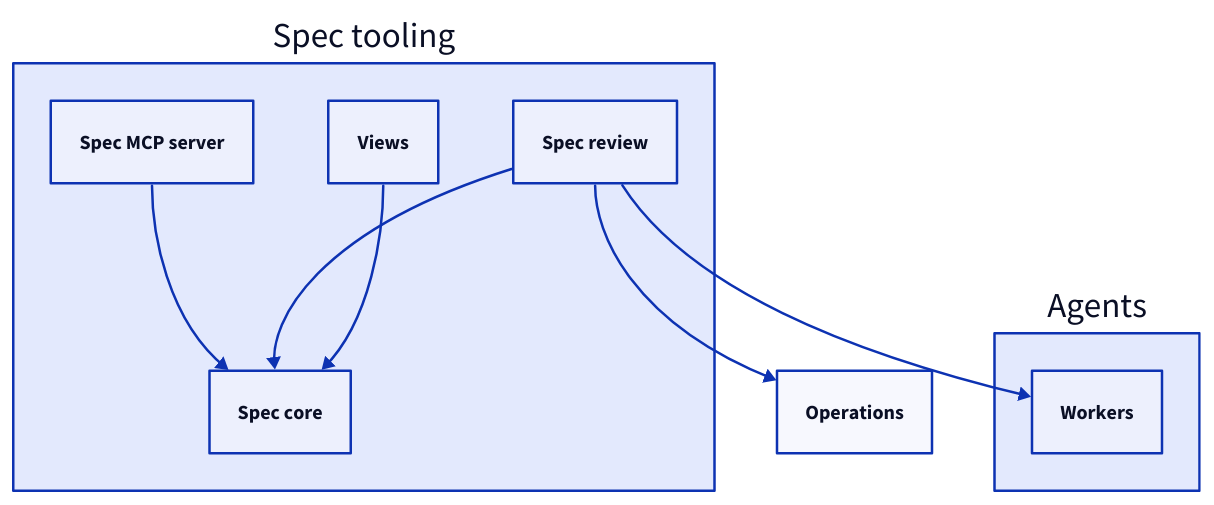
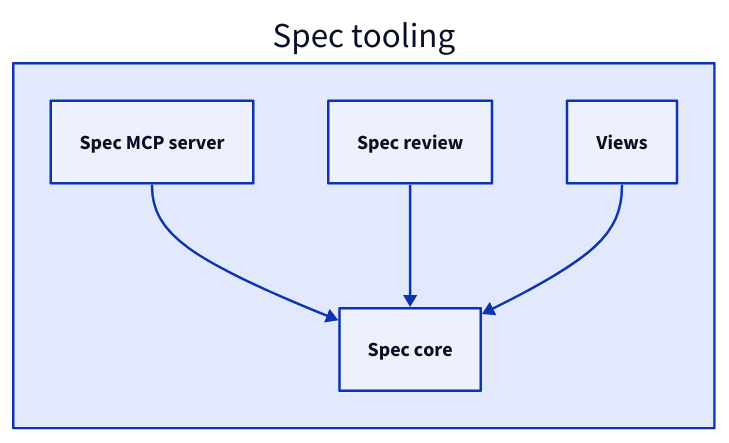
The diagram in specs/concorde/spec-tooling/module.md (FTOD/concorde), drawn with D2 before and after one commit. The commit also changed other lines of this file and 43 other files, not shown here.

````diff
--- a/specs/concorde/spec-tooling/module.md
+++ b/specs/concorde/spec-tooling/module.md
@@ -58,17 +61,11 @@
 ```d2
 tooling: Spec tooling {
   core: Spec core
   mcp: Spec MCP server
   review: Spec review
   views: Views
   mcp -> core
   review -> core
   views -> core
 }
-agents: Agents {
-  workers: Workers
-}
-operations: Operations
-tooling.review -> agents.workers
-tooling.review -> operations
 ```
````
